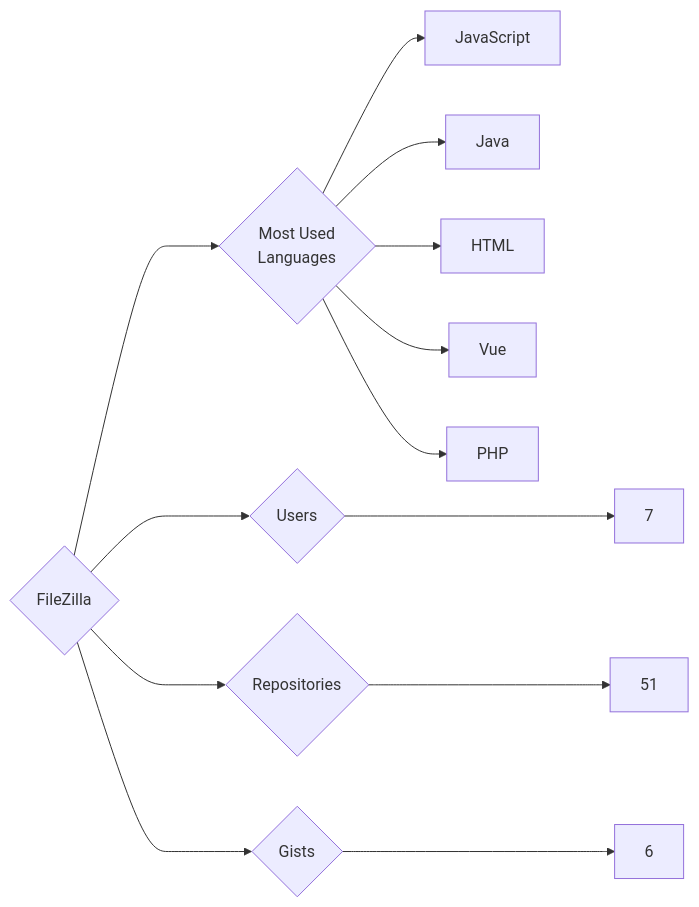
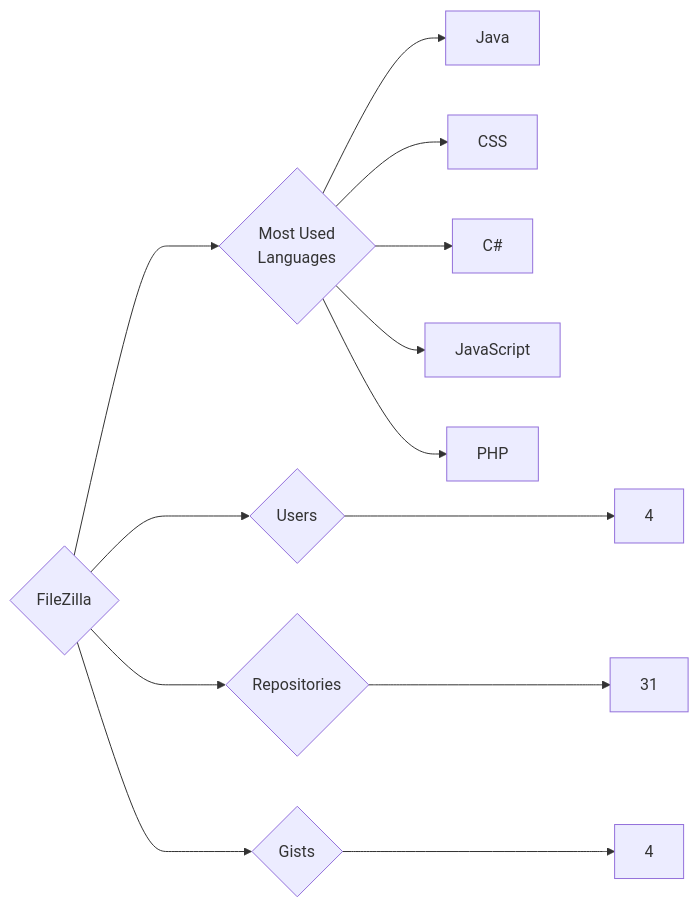
The diagram in targets/FileZilla/README.md (trickest/insiders), drawn with Mermaid before and after one commit. The commit also changed 1078 other files, not shown here.

````diff
--- a/targets/FileZilla/README.md
+++ b/targets/FileZilla/README.md
@@ -3,13 +3,13 @@
 ```mermaid
 graph LR
 COMPANY_NAME{FileZilla}
-COMPANY_NAME ---> U{Users} ---> UN[7]
-COMPANY_NAME ---> R{Repositories} ---> RN[51]
-COMPANY_NAME ---> G{Gists} ---> GN[6]
+COMPANY_NAME ---> U{Users} ---> UN[4]
+COMPANY_NAME ---> R{Repositories} ---> RN[31]
+COMPANY_NAME ---> G{Gists} ---> GN[4]
 COMPANY_NAME ---> ML{Most Used<br>Languages}
+ML --> Java[Java]
+ML --> CSS[CSS]
+ML --> C#[C#]
 ML --> JavaScript[JavaScript]
-ML --> Java[Java]
-ML --> HTML[HTML]
-ML --> Vue[Vue]
 ML --> PHP[PHP]
 ```
````
